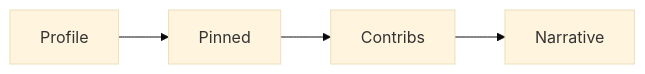
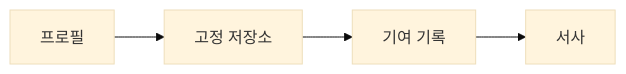
One commit to yeongseon-books/book-content changed the diagram in content/open-source-101/ko/09-open-source-portfolio.md. Above: the diagram before and after it, drawn with Mermaid (base theme). The commit also changed other lines of this file and 9 other files, not shown here.

````diff
--- a/content/open-source-101/ko/09-open-source-portfolio.md
+++ b/content/open-source-101/ko/09-open-source-portfolio.md
@@ -33,6 +47,6 @@
 ```mermaid
 flowchart LR
-    P[Profile] --> R[Pinned]
-    R --> C[Contribs]
-    C --> N[Narrative]
+    P[프로필] --> R[고정 저장소]
+    R --> C[기여 기록]
+    C --> N[서사]
 ```
````
